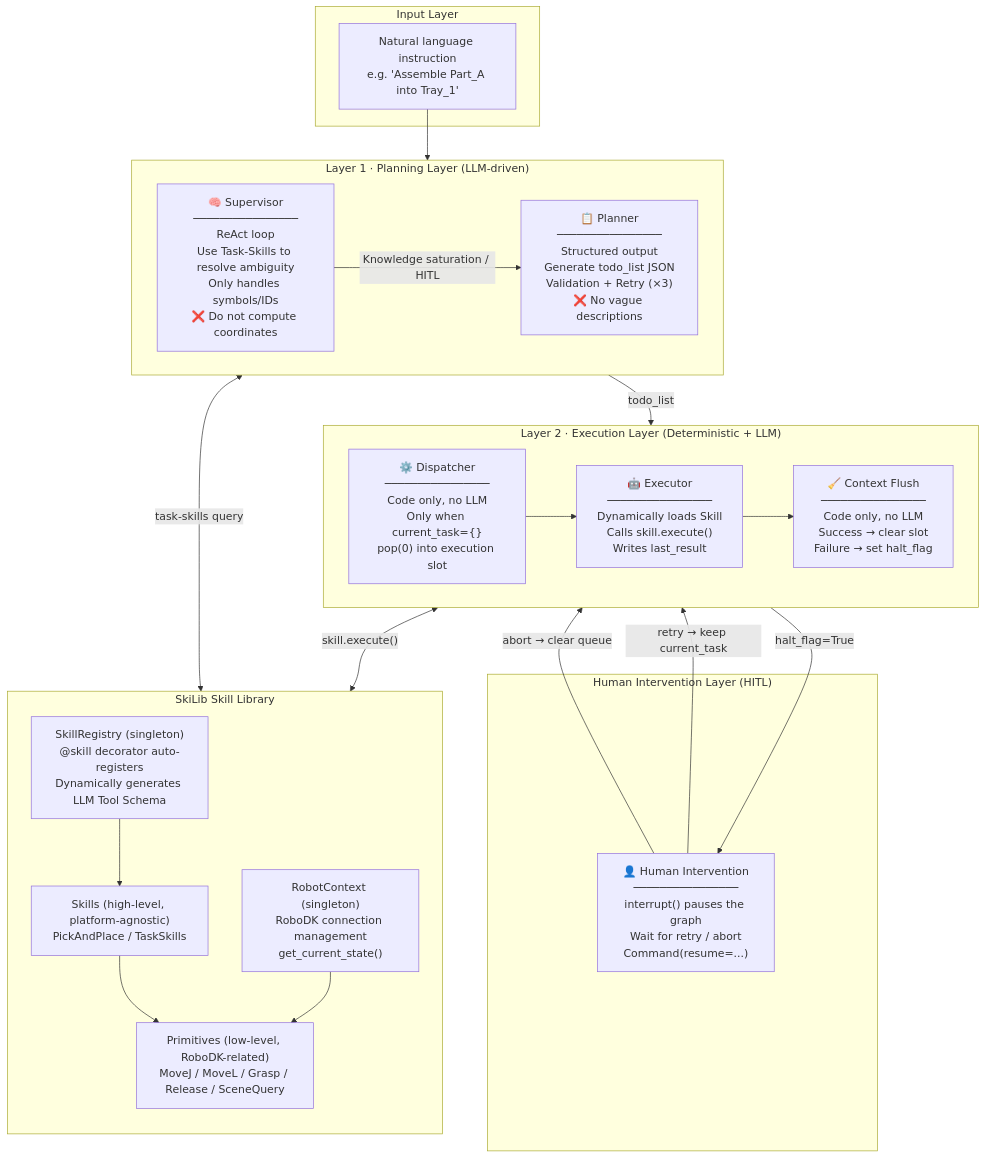
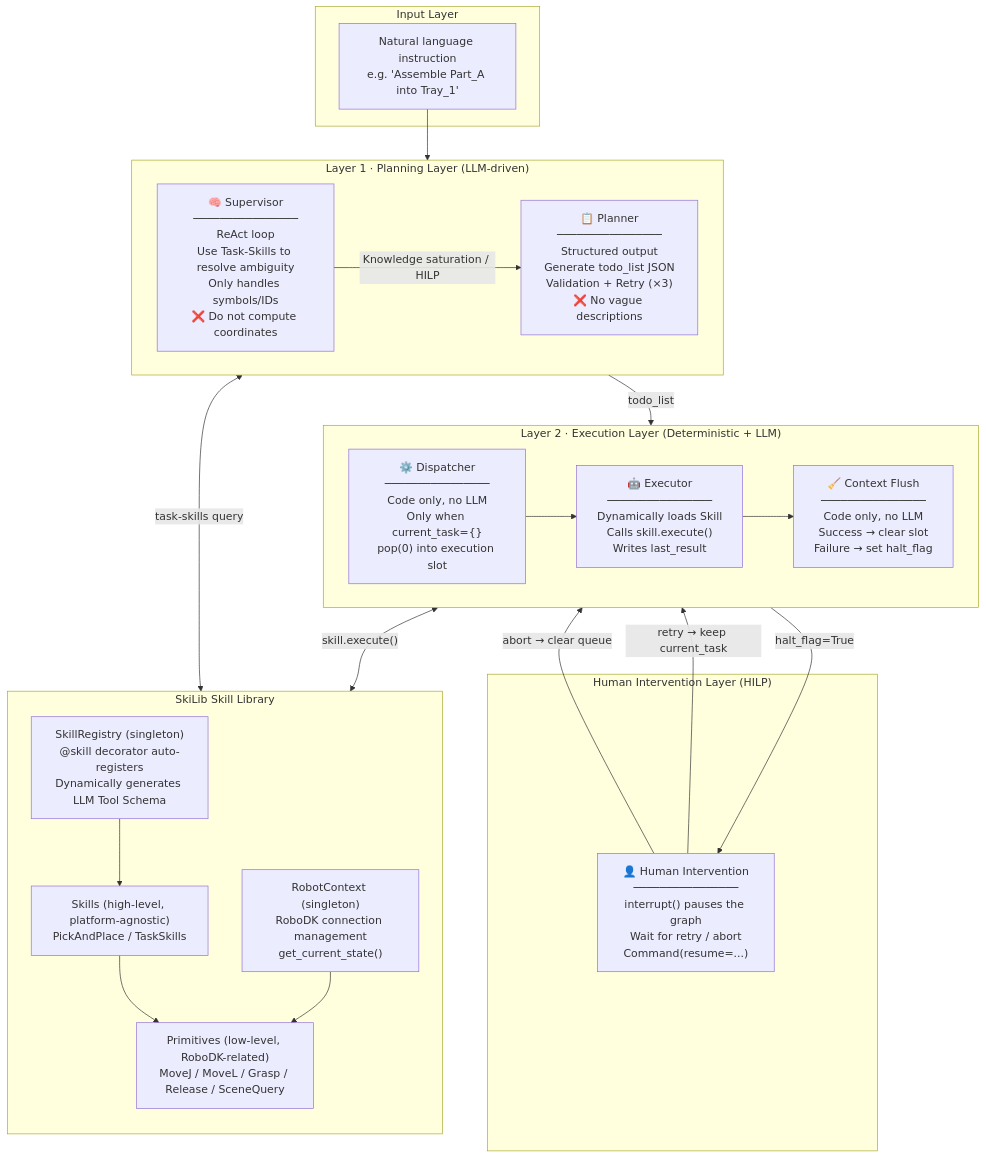
Before and after one commit to SniperPigeon/RoboSkiAgent: the first of 7 diagrams in SkiLib/doc/DIAGRAMS.md, drawn with Mermaid. The commit also changed other lines of this file and 42 other files, not shown here.

````diff
--- a/SkiLib/doc/DIAGRAMS.md
+++ b/SkiLib/doc/DIAGRAMS.md
@@ -7,44 +7,44 @@
 ```mermaid
 graph TB
     subgraph INPUT["Input Layer"]
         NL["Natural language instruction<br/>e.g. 'Assemble Part_A into Tray_1'"]
     end
 
     subgraph LAYER1["Layer 1 · Planning Layer (LLM-driven)"]
         direction LR
         SUP["🧠 Supervisor<br/>────────────────<br/>ReAct loop<br/>Use Task-Skills to resolve ambiguity<br/>Only handles symbols/IDs<br/>❌ Do not compute coordinates"]
         PLAN["📋 Planner<br/>────────────────<br/>Structured output<br/>Generate todo_list JSON<br/>Validation + Retry (×3)<br/>❌ No vague descriptions"]
-        SUP -->|"Knowledge saturation / HITL"| PLAN
+        SUP -->|"Knowledge saturation / HILP"| PLAN
     end
 
     subgraph LAYER2["Layer 2 · Execution Layer (Deterministic + LLM)"]
         direction LR
         DISP["⚙️ Dispatcher<br/>────────────────<br/>Code only, no LLM<br/>Only when current_task={}<br/>pop(0) into execution slot"]
         EXEC["🤖 Executor<br/>────────────────<br/>Dynamically loads Skill<br/>Calls skill.execute()<br/>Writes last_result"]
         FLUSH["🧹 Context Flush<br/>────────────────<br/>Code only, no LLM<br/>Success → clear slot<br/>Failure → set halt_flag"]
         DISP --> EXEC --> FLUSH
     end
 
-    subgraph HITL["Human Intervention Layer (HITL)"]
+    subgraph HILP["Human Intervention Layer (HILP)"]
         HI["👤 Human Intervention<br/>────────────────<br/>interrupt() pauses the graph<br/>Wait for retry / abort<br/>Command(resume=...)"]
     end
 
     subgraph SKILIB["SkiLib Skill Library"]
         direction TB
         SKILLS["Skills (high-level, platform-agnostic)<br/>PickAndPlace / TaskSkills"]
         PRIMS["Primitives (low-level, RoboDK-related)<br/>MoveJ / MoveL / Grasp / Release / SceneQuery"]
         REG["SkillRegistry (singleton)<br/>@skill decorator auto-registers<br/>Dynamically generates LLM Tool Schema"]
         CTX["RobotContext (singleton)<br/>RoboDK connection management<br/>get_current_state()"]
         SKILLS --> PRIMS
         REG --> SKILLS
         CTX --> PRIMS
     end
 
     NL --> SUP
     PLAN -->|"todo_list"| DISP
     FLUSH -->|"halt_flag=True"| HI
     HI -->|"retry → keep current_task"| EXEC
     HI -->|"abort → clear queue"| FLUSH
     EXEC <-->|"skill.execute()"| SKILIB
     SUP <-->|"task-skills query"| SKILIB
 ```
````
